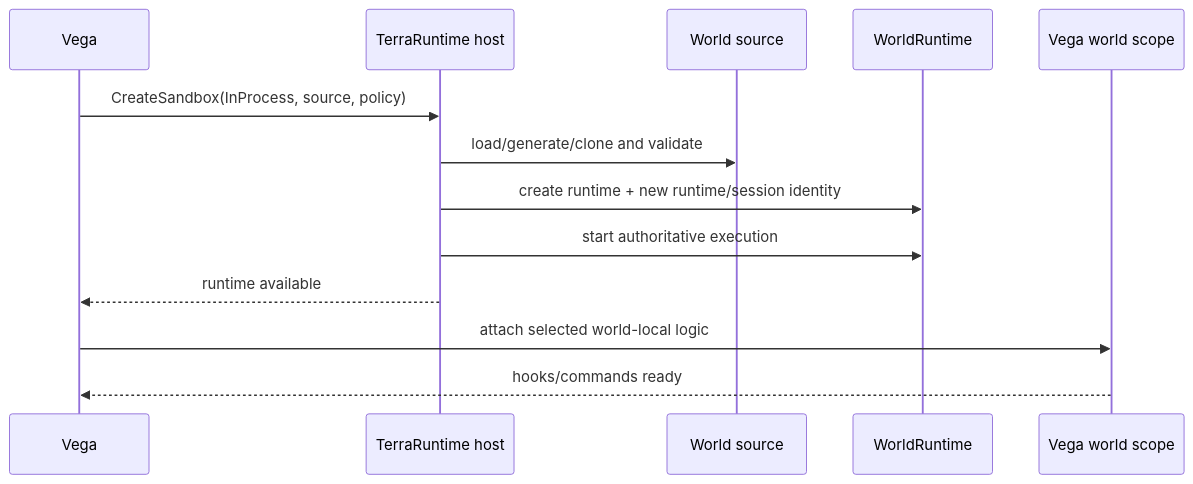
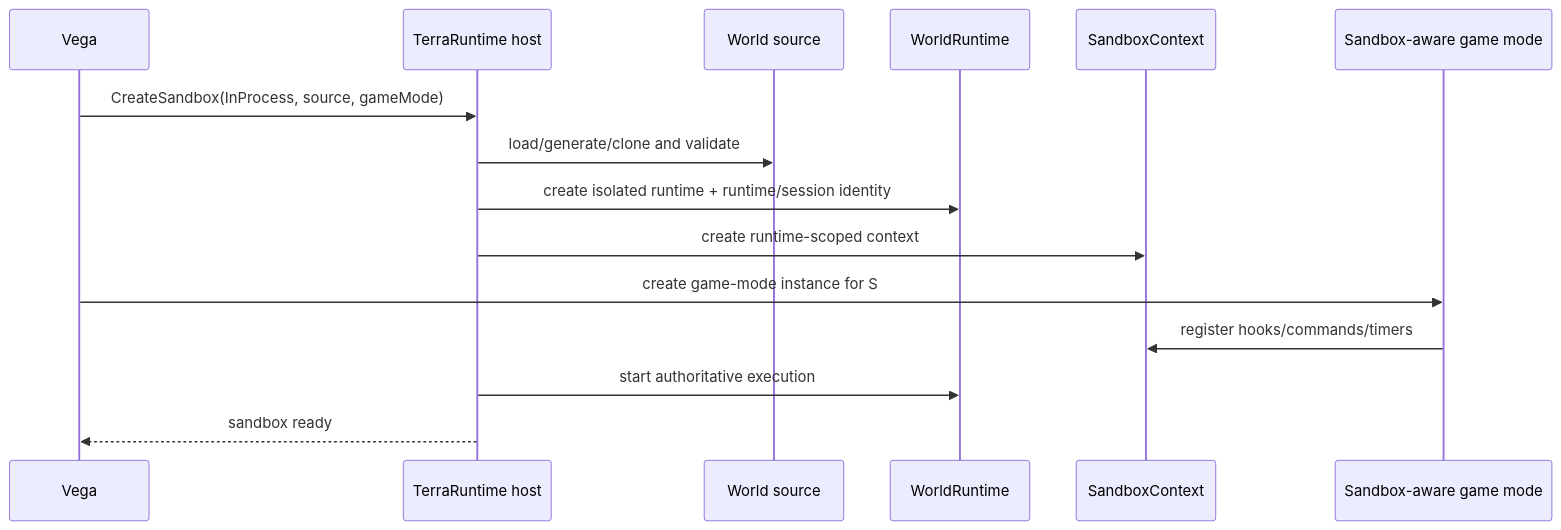
One commit to VegaKernel/TerraRuntime changed the seventh of 9 diagrams in docs/en/sandbox/level-1.md. Above: the diagram before and after it, drawn with Mermaid. The commit also changed other lines of this file and 3 other files, not shown here.

````diff
--- a/docs/en/sandbox/level-1.md
+++ b/docs/en/sandbox/level-1.md
@@ -26,16 +158,18 @@
 ```mermaid
 sequenceDiagram
     participant V as Vega
     participant H as TerraRuntime host
     participant W as World source
     participant R as WorldRuntime
-    participant P as Vega world scope
+    participant S as SandboxContext
+    participant G as Sandbox-aware game mode
 
-    V->>H: CreateSandbox(InProcess, source, policy)
+    V->>H: CreateSandbox(InProcess, source, gameMode)
     H->>W: load/generate/clone and validate
-    H->>R: create runtime + new runtime/session identity
+    H->>R: create isolated runtime + runtime/session identity
+    H->>S: create runtime-scoped context
+    V->>G: create game-mode instance for S
+    G->>S: register hooks/commands/timers
     H->>R: start authoritative execution
-    H-->>V: runtime available
-    V->>P: attach selected world-local logic
-    P-->>V: hooks/commands ready
+    H-->>V: sandbox ready
 ```
````
